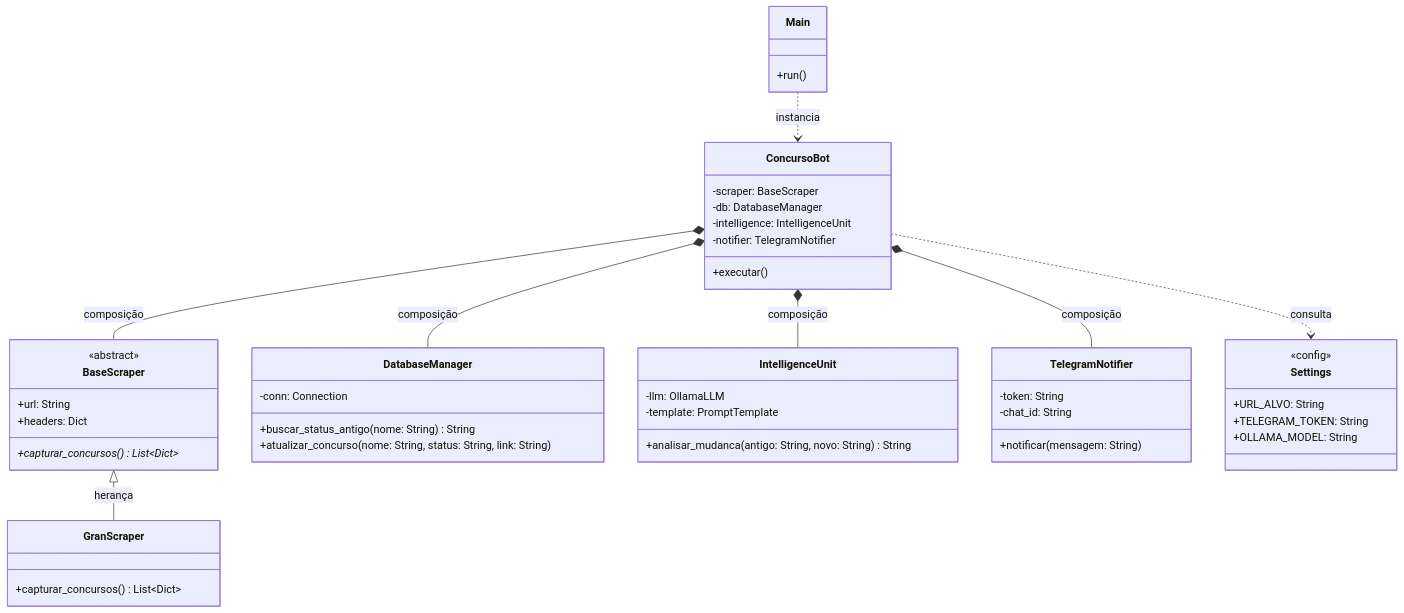
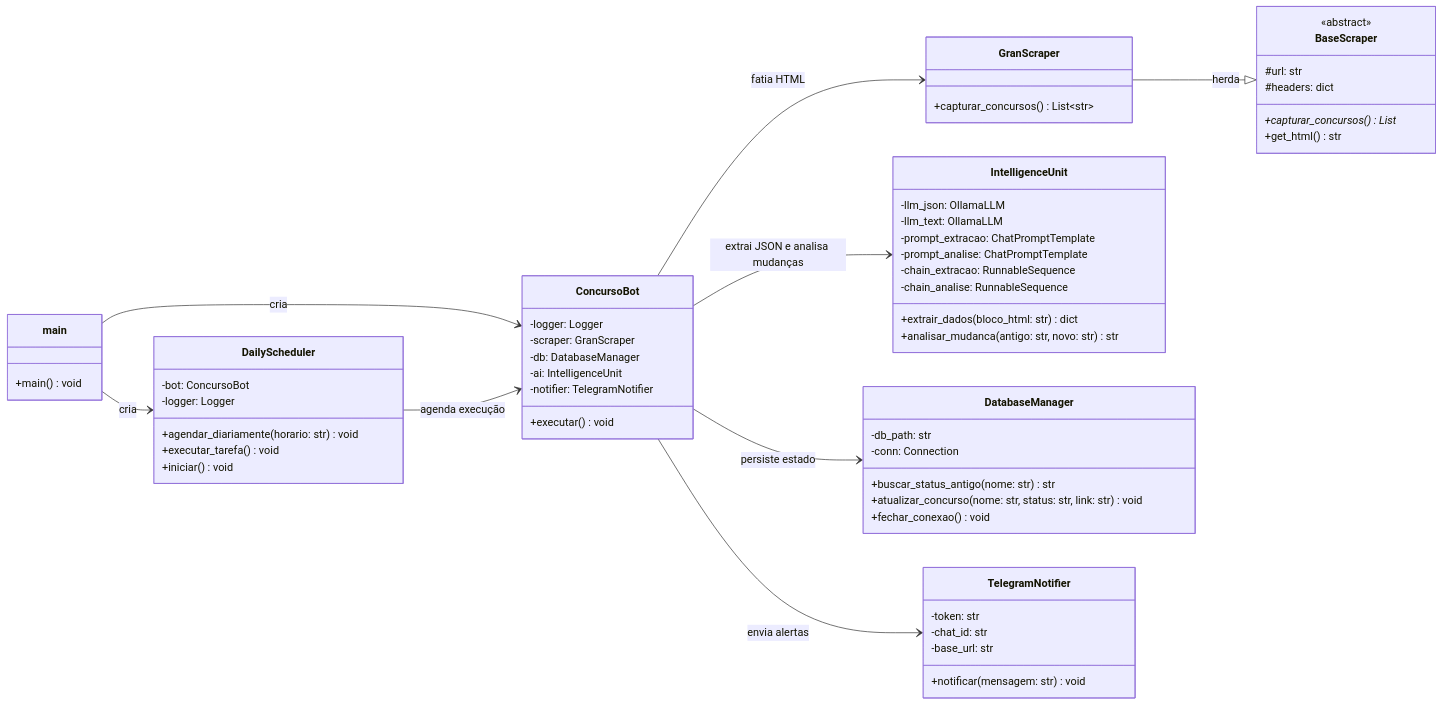
Before and after one commit to lucasmsorrentino/monitor_concursos_ti: the diagram in CLASS_DIAGRAM.md, drawn with Mermaid. The commit also changed 4 other files, not shown here.

````diff
--- a/CLASS_DIAGRAM.md
+++ b/CLASS_DIAGRAM.md
@@ -1,58 +1,72 @@
 ```mermaid
 classDiagram
-    class Main {
-        +run()
+    direction LR
+
+    class main {
+        +main() void
     }
 
     class ConcursoBot {
-        -scraper: BaseScraper
+        -logger: Logger
+        -scraper: GranScraper
         -db: DatabaseManager
-        -intelligence: IntelligenceUnit
+        -ai: IntelligenceUnit
         -notifier: TelegramNotifier
-        +executar()
+        +executar() void
     }
 
     class BaseScraper {
         <<abstract>>
-        +url: String
-        +headers: Dict
-        +capturar_concursos()* List~Dict~
+        #url: str
+        #headers: dict
+        +capturar_concursos()* List
+        +get_html() str
     }
 
     class GranScraper {
-        +capturar_concursos() List~Dict~
+        +capturar_concursos() List~str~
+    }
+
+    class IntelligenceUnit {
+        -llm_json: OllamaLLM
+        -llm_text: OllamaLLM
+        -prompt_extracao: ChatPromptTemplate
+        -prompt_analise: ChatPromptTemplate
+        -chain_extracao: RunnableSequence
+        -chain_analise: RunnableSequence
+        +extrair_dados(bloco_html: str) dict
+        +analisar_mudanca(antigo: str, novo: str) str
     }
 
     class DatabaseManager {
+        -db_path: str
         -conn: Connection
-        +buscar_status_antigo(nome: String) String
-        +atualizar_concurso(nome: String, status: String, link: String)
-    }
-
-    class IntelligenceUnit {
-        -llm: OllamaLLM
-        -template: PromptTemplate
-        +analisar_mudanca(antigo: String, novo: String) String
+        +buscar_status_antigo(nome: str) str
+        +atualizar_concurso(nome: str, status: str, link: str) void
+        +fechar_conexao() void
     }
 
     class TelegramNotifier {
-        -token: String
-        -chat_id: String
-        +notificar(mensagem: String)
+        -token: str
+        -chat_id: str
+        -base_url: str
+        +notificar(mensagem: str) void
     }
 
-    class Settings {
-        <<config>>
-        +URL_ALVO: String
-        +TELEGRAM_TOKEN: String
-        +OLLAMA_MODEL: String
+    class DailyScheduler {
+        -bot: ConcursoBot
+        -logger: Logger
+        +agendar_diariamente(horario: str) void
+        +executar_tarefa() void
+        +iniciar() void
     }
 
-    Main ..> ConcursoBot : instancia
-    ConcursoBot *-- BaseScraper : composição
-    ConcursoBot *-- DatabaseManager : composição
-    ConcursoBot *-- IntelligenceUnit : composição
-    ConcursoBot *-- TelegramNotifier : composição
-    BaseScraper <|-- GranScraper : herança
-    ConcursoBot ..> Settings : consulta
+    main --> ConcursoBot : cria
+    main --> DailyScheduler : cria
+    DailyScheduler --> ConcursoBot : agenda execução
+    ConcursoBot --> GranScraper : fatia HTML
+    ConcursoBot --> IntelligenceUnit : extrai JSON e analisa mudanças
+    ConcursoBot --> DatabaseManager : persiste estado
+    ConcursoBot --> TelegramNotifier : envia alertas
+    GranScraper --|> BaseScraper : herda
 ```
````
